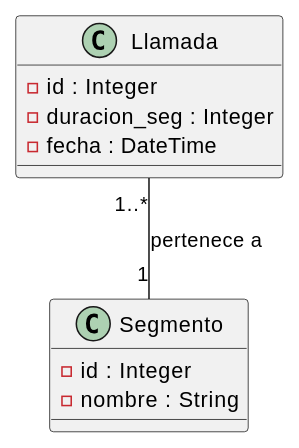
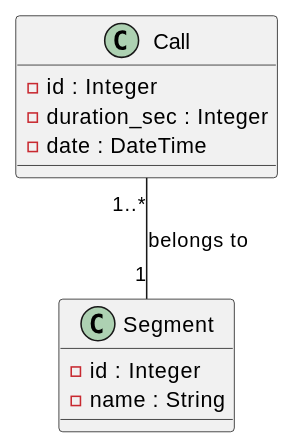
Before and after one commit to jcg-admin/IACT-docs: the diagram in source/requisitos/_metodologia-aplicacion/analisis-dominio/multiplicidad-minima-del-primer-modelo.rst, drawn with PlantUML. The commit also changed 21 other files, not shown here.

```diff
--- a/source/requisitos/_metodologia-aplicacion/analisis-dominio/multiplicidad-minima-del-primer-modelo.rst
+++ b/source/requisitos/_metodologia-aplicacion/analisis-dominio/multiplicidad-minima-del-primer-modelo.rst
@@ -8,14 +8,14 @@
 .. uml::
 
    @startuml
-   class Llamada {
+   class Call {
      - id : Integer
-     - duracion_seg : Integer
-     - fecha : DateTime
+     - duration_sec : Integer
+     - date : DateTime
    }
-   class Segmento {
+   class Segment {
      - id : Integer
-     - nombre : String
+     - name : String
    }
-   Llamada "1..*" -- "1" Segmento : pertenece a
+   Call "1..*" -- "1" Segment : belongs to
    @enduml
```
